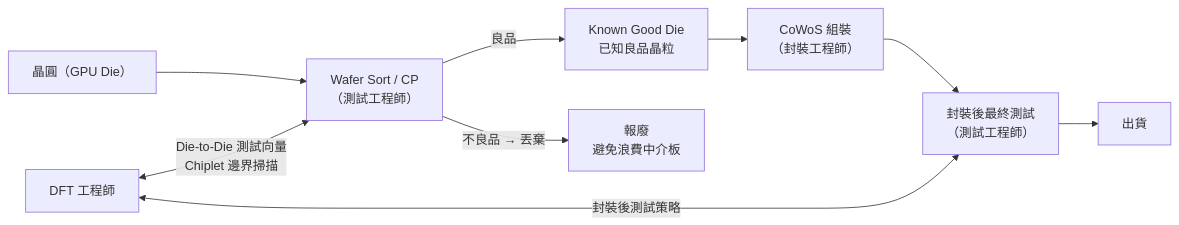
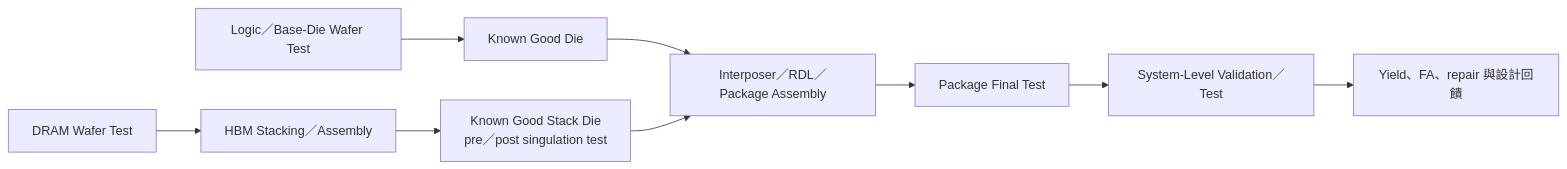
One commit to wizardhsiehcom/book changed the third of 3 diagrams in docs/semi-jobs/21-cowos-collaboration.md. Above: the diagram before and after it, drawn with Mermaid. The commit also changed other lines of this file and 31 other files, not shown here.

````diff
--- a/docs/semi-jobs/21-cowos-collaboration.md
+++ b/docs/semi-jobs/21-cowos-collaboration.md
@@ -170,17 +101,11 @@
 ```mermaid
 flowchart LR
-    WAFER["晶圓（GPU Die）"]
-    CP["Wafer Sort / CP<br/>（測試工程師）"]
-    KGD["Known Good Die<br/>已知良品晶粒"]
-    COWOS_ASM["CoWoS 組裝<br/>（封裝工程師）"]
-    FT["封裝後最終測試<br/>（測試工程師）"]
-    SHIP["出貨"]
-
-    WAFER --> CP
-    CP -->|"良品"| KGD
-    CP -->|"不良品 → 丟棄"| SCRAP["報廢<br/>避免浪費中介板"]
-    KGD --> COWOS_ASM --> FT --> SHIP
-
-    DFT2["DFT 工程師"] <-->|"Die-to-Die 測試向量<br/>Chiplet 邊界掃描"| CP
-    DFT2 <-->|"封裝後測試策略"| FT
+    LD["Logic／Base-Die Wafer Test"] --> KGD["Known Good Die"]
+    MD["DRAM Wafer Test"] --> STACK["HBM Stacking／Assembly"]
+    STACK --> KGSD["Known Good Stack Die<br/>pre／post singulation test"]
+    KGD --> PKG["Interposer／RDL／Package Assembly"]
+    KGSD --> PKG
+    PKG --> FT["Package Final Test"]
+    FT --> SLT["System-Level Validation／Test"]
+    SLT --> FEED["Yield、FA、repair 與設計回饋"]
 ```
````
